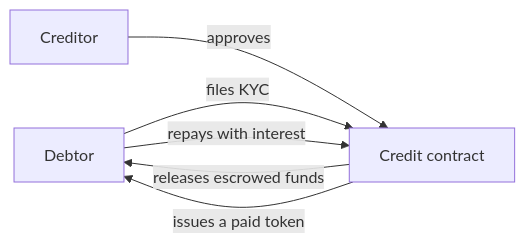
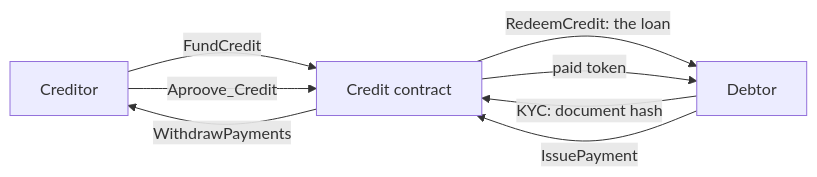
The diagram in README.md (CoinClubQuincy/XRC-Credit), drawn with Mermaid before and after one commit. The commit also changed other lines of this file and 183 other files, not shown here.

First line of the commit message:
Implement the credit contract in XRC-20 and XDC

````diff
--- a/README.md
+++ b/README.md
@@ -21,8 +21,10 @@
 ```mermaid
 flowchart LR
-    D[Debtor] -->|files KYC| C[Credit contract]
-    L[Creditor] -->|approves| C
-    C -->|releases escrowed funds| D
-    D -->|repays with interest| C
-    C -->|issues a paid token| D
+    L[Creditor] -->|FundCredit| C[Credit contract]
+    D[Debtor] -->|KYC: document hash| C
+    L -->|Aproove_Credit| C
+    C -->|RedeemCredit: the loan| D
+    D -->|IssuePayment| C
+    C -->|WithdrawPayments| L
+    C -->|paid token| D
 ```
````
